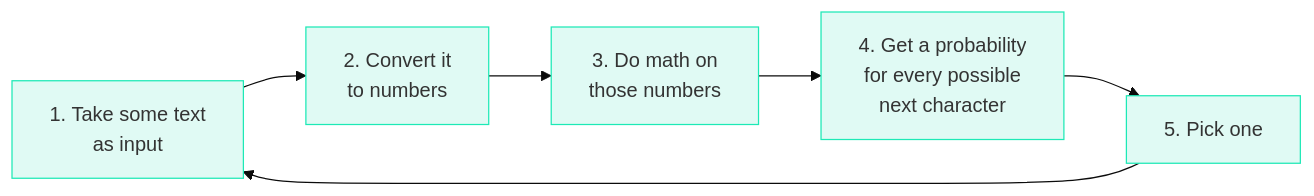
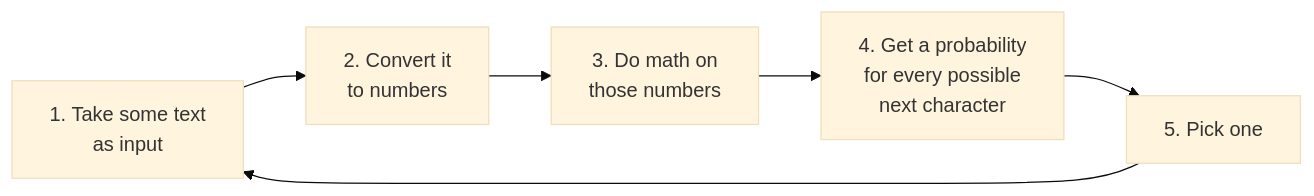
The first of 2 diagrams in docs/00-the-big-picture/00-what-is-a-language-model.md (iamkhalid2/microgpt-course), drawn with Mermaid (base theme) before and after one commit. The commit also changed other lines of this file and 20 other files, not shown here.

Commit message:
Remove all inline Mermaid styles - let theme handle colors natively

````diff
--- a/docs/00-the-big-picture/00-what-is-a-language-model.md
+++ b/docs/00-the-big-picture/00-what-is-a-language-model.md
@@ -31,14 +31,8 @@
 ```mermaid
 flowchart LR
     A["1. Take some text<br>as input"] --> B["2. Convert it<br>to numbers"]
     B --> C["3. Do math on<br>those numbers"]
     C --> D["4. Get a probability<br>for every possible<br>next character"]
     D --> E["5. Pick one"]
     E --> A
-
-    style A fill:#e0faf4,stroke:#1de9b6
-    style B fill:#e0faf4,stroke:#1de9b6
-    style C fill:#e0faf4,stroke:#1de9b6
-    style D fill:#e0faf4,stroke:#1de9b6
-    style E fill:#e0faf4,stroke:#1de9b6
 ```
````
